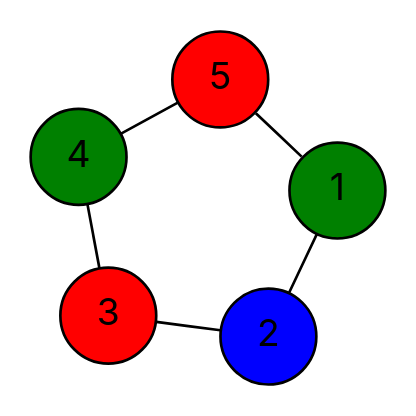
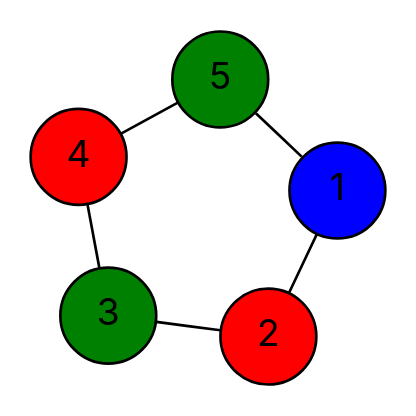
Before and after one commit to vercah/vertex-coloring: the diagram in data/final-dots/easy-03-parallel.dot, drawn with Graphviz. The commit also changed 106 other files, not shown here.

```diff
--- a/data/final-dots/easy-03-parallel.dot
+++ b/data/final-dots/easy-03-parallel.dot
@@ -1,16 +1,16 @@
 graph G {
   layout=neato;
   overlap=false;
   splines=true;
   node [shape=circle, style=filled, fontname=Inter];
-  1 [label="1", fillcolor="green", tooltip="v1 color 1"];
-  2 [label="2", fillcolor="blue", tooltip="v2 color 2"];
-  3 [label="3", fillcolor="red", tooltip="v3 color 0"];
-  4 [label="4", fillcolor="green", tooltip="v4 color 1"];
-  5 [label="5", fillcolor="red", tooltip="v5 color 0"];
+  1 [label="1", fillcolor="blue", tooltip="v1 color 2"];
+  2 [label="2", fillcolor="red", tooltip="v2 color 0"];
+  3 [label="3", fillcolor="green", tooltip="v3 color 1"];
+  4 [label="4", fillcolor="red", tooltip="v4 color 0"];
+  5 [label="5", fillcolor="green", tooltip="v5 color 1"];
   1 -- 2;
   1 -- 5;
   2 -- 3;
   3 -- 4;
   4 -- 5;
 }
```
